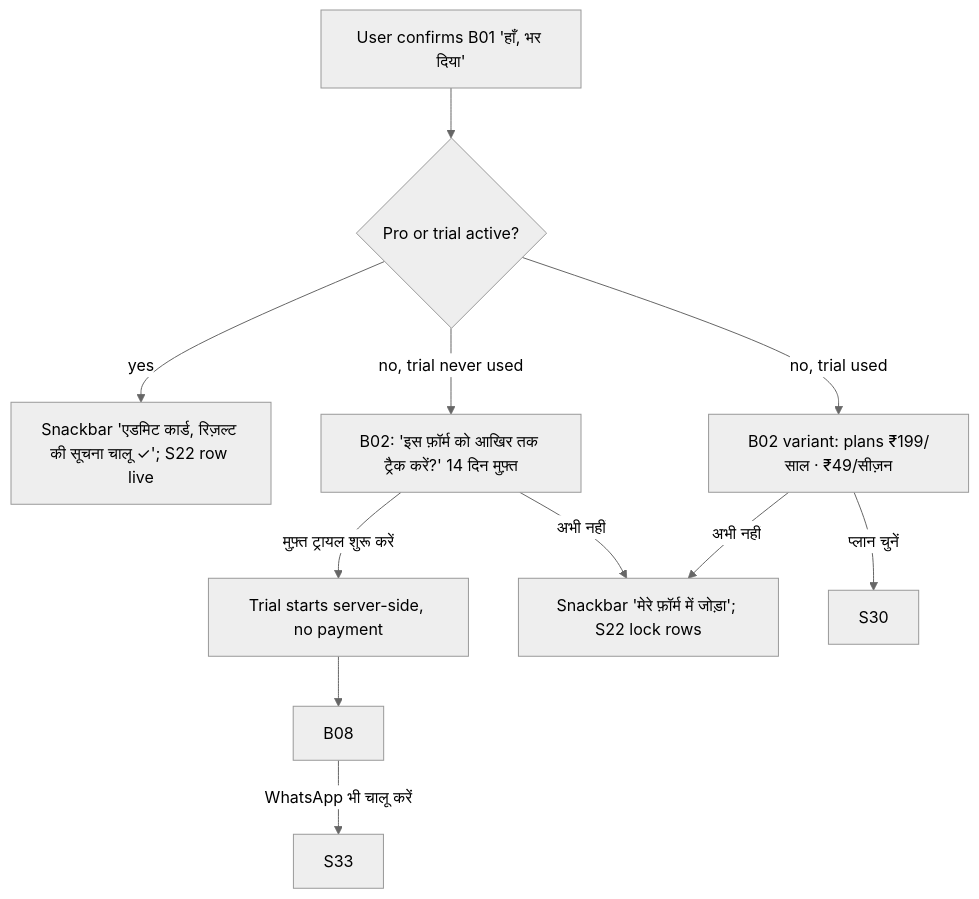
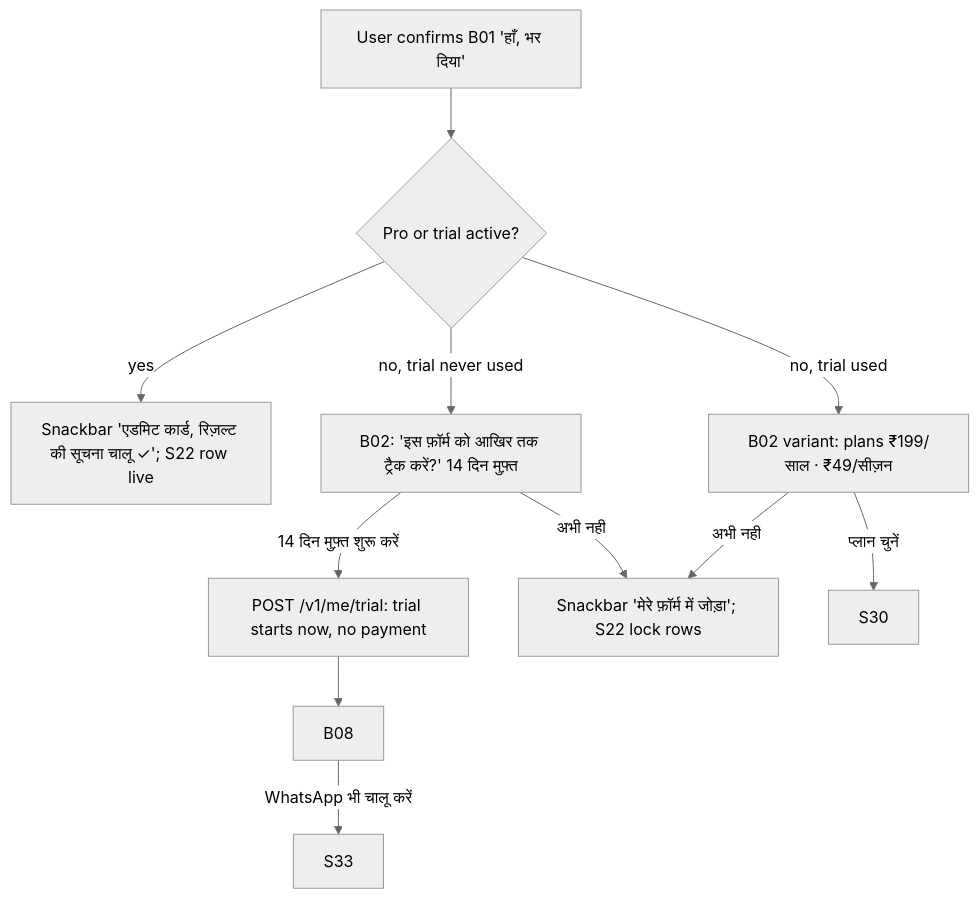
Before and after one commit to amanroy3901/job-vac: the seventh of 11 diagrams in docs/design/03-scenarios.md, drawn with Mermaid (neutral theme). The commit also changed other lines of this file and 24 other files, not shown here.

````diff
--- a/docs/design/03-scenarios.md
+++ b/docs/design/03-scenarios.md
@@ -314,9 +314,9 @@
 ```mermaid
 flowchart TD
   AP[User confirms B01 'हाँ, भर दिया'] --> Q{Pro or trial active?}
   Q -->|yes| T[Snackbar 'एडमिट कार्ड, रिज़ल्ट की सूचना चालू ✓'; S22 row live]
-  Q -->|no, trial never used| B02a[B02: 'इस फ़ॉर्म को आखिर तक ट्रैक करें?' 14 दिन मुफ़्त] -->|मुफ़्त ट्रायल शुरू करें| TR[Trial starts server-side, no payment] --> B08 -->|WhatsApp भी चालू करें| S33
+  Q -->|no, trial never used| B02a[B02: 'इस फ़ॉर्म को आखिर तक ट्रैक करें?' 14 दिन मुफ़्त] -->|14 दिन मुफ़्त शुरू करें| TR[POST /v1/me/trial: trial starts now, no payment] --> B08 -->|WhatsApp भी चालू करें| S33
   B02a -->|अभी नहीं| N1[Snackbar 'मेरे फ़ॉर्म में जोड़ा'; S22 lock rows]
   Q -->|no, trial used| B02b[B02 variant: plans ₹199/साल · ₹49/सीज़न] -->|प्लान चुनें| S30
   B02b -->|अभी नहीं| N1
 ```
````
